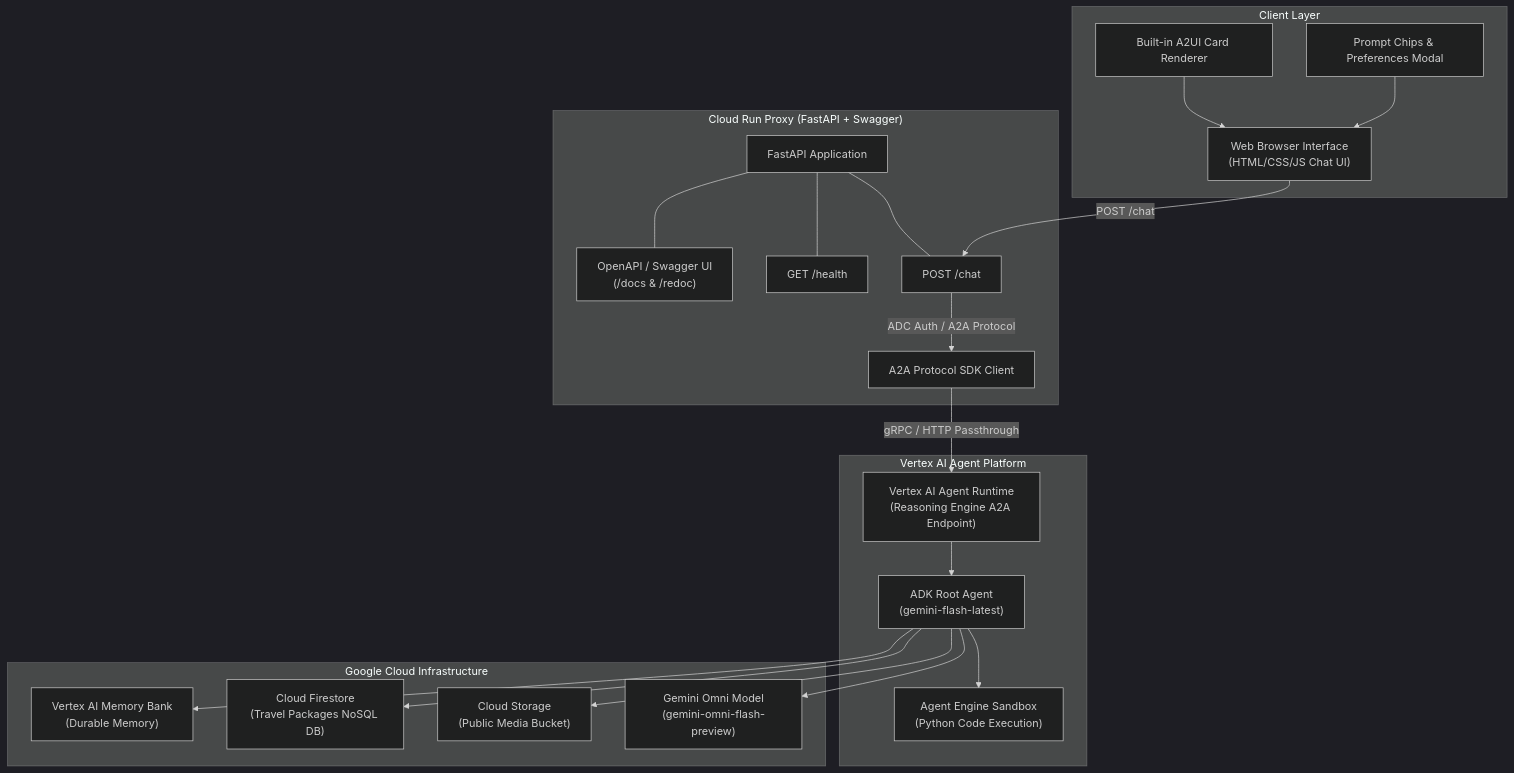
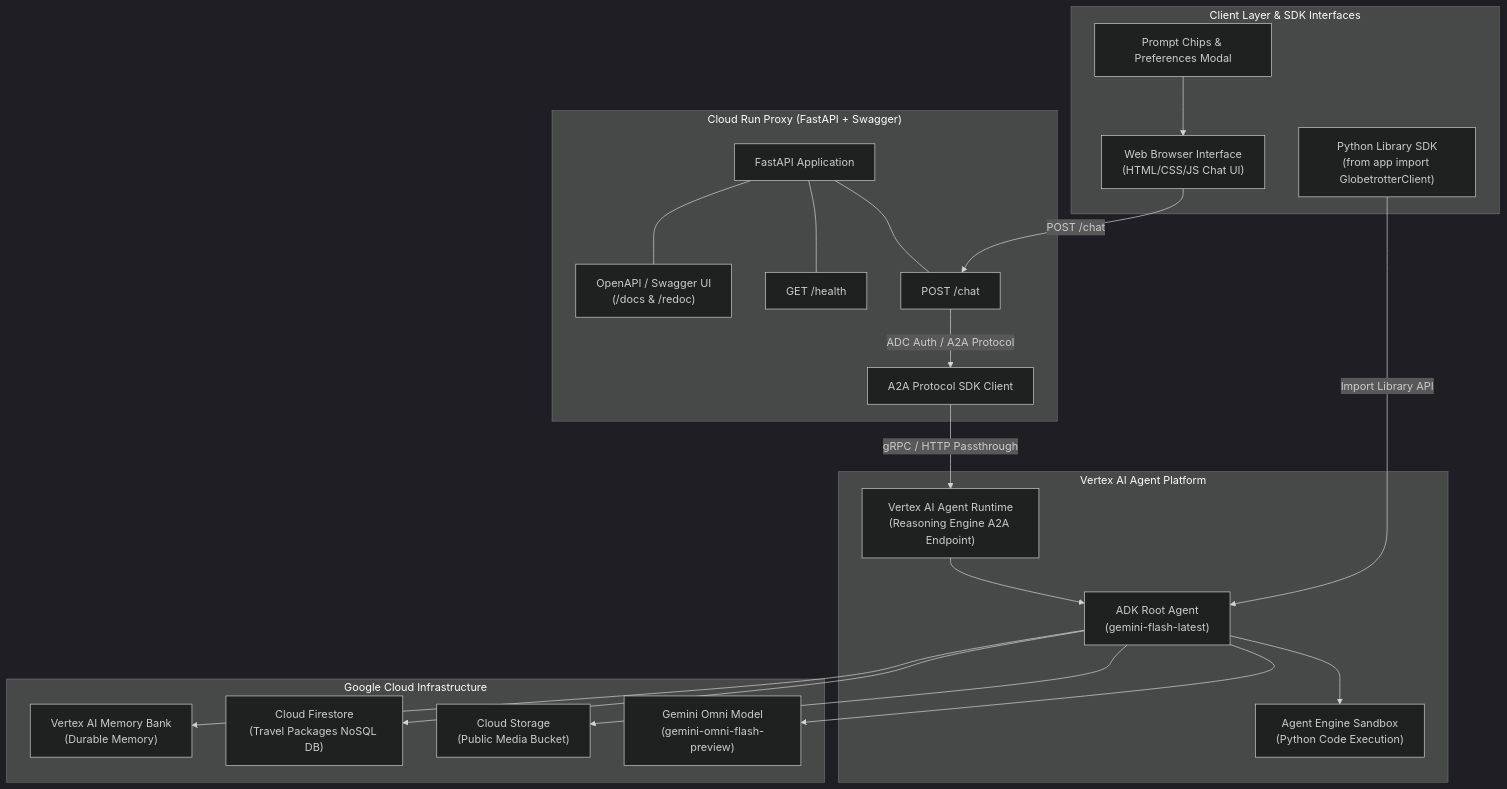
One commit to pvyamuna/buildwithgemini-globetrotter-travel-concierge changed the diagram in BUILD_SIMILAR_AGENT.md. Above: the diagram before and after it, drawn with Mermaid (dark theme). The commit also changed other lines of this file and 3 other files, not shown here.

Commit message:
Enhance agent as public Python library API (GlobetrotterClient / run_agent_query), add unit tests, and update documentation

````diff
--- a/BUILD_SIMILAR_AGENT.md
+++ b/BUILD_SIMILAR_AGENT.md
@@ -9,44 +9,44 @@
 ```mermaid
 graph TD
-    subgraph ClientLayer ["Client Layer"]
+    subgraph ClientLayer ["Client Layer & SDK Interfaces"]
         UI["Web Browser Interface<br/>(HTML/CSS/JS Chat UI)"]
         Chips["Prompt Chips & Preferences Modal"]
-        A2UIRenderer["Built-in A2UI Card Renderer"]
+        PythonSDK["Python Library SDK<br/>(from app import GlobetrotterClient)"]
     end
 
     subgraph ProxyLayer ["Cloud Run Proxy (FastAPI + Swagger)"]
         FastAPI["FastAPI Application"]
         Swagger["OpenAPI / Swagger UI<br/>(/docs & /redoc)"]
         HealthEndpoint["GET /health"]
         ChatEndpoint["POST /chat"]
         A2AClient["A2A Protocol SDK Client"]
     end
 
     subgraph AgentPlatform ["Vertex AI Agent Platform"]
         AgentRuntime["Vertex AI Agent Runtime<br/>(Reasoning Engine A2A Endpoint)"]
         RootAgent["ADK Root Agent<br/>(gemini-flash-latest)"]
         CodeSandbox["Agent Engine Sandbox<br/>(Python Code Execution)"]
     end
 
     subgraph GCPDataServices ["Google Cloud Infrastructure"]
         MemoryBank["Vertex AI Memory Bank<br/>(Durable Memory)"]
         Firestore["Cloud Firestore<br/>(Travel Packages NoSQL DB)"]
         GCS["Cloud Storage<br/>(Public Media Bucket)"]
         OmniModel["Gemini Omni Model<br/>(gemini-omni-flash-preview)"]
     end
 
     UI -->|POST /chat| ChatEndpoint
+    PythonSDK -->|Import Library API| RootAgent
     Chips --> UI
-    A2UIRenderer --> UI
     FastAPI --- Swagger
     FastAPI --- HealthEndpoint
     FastAPI --- ChatEndpoint
     ChatEndpoint -->|ADC Auth / A2A Protocol| A2AClient
     A2AClient -->|gRPC / HTTP Passthrough| AgentRuntime
     AgentRuntime --> RootAgent
     RootAgent --> CodeSandbox
     RootAgent --> MemoryBank
     RootAgent --> Firestore
     RootAgent --> GCS
     RootAgent --> OmniModel
 ```
````
